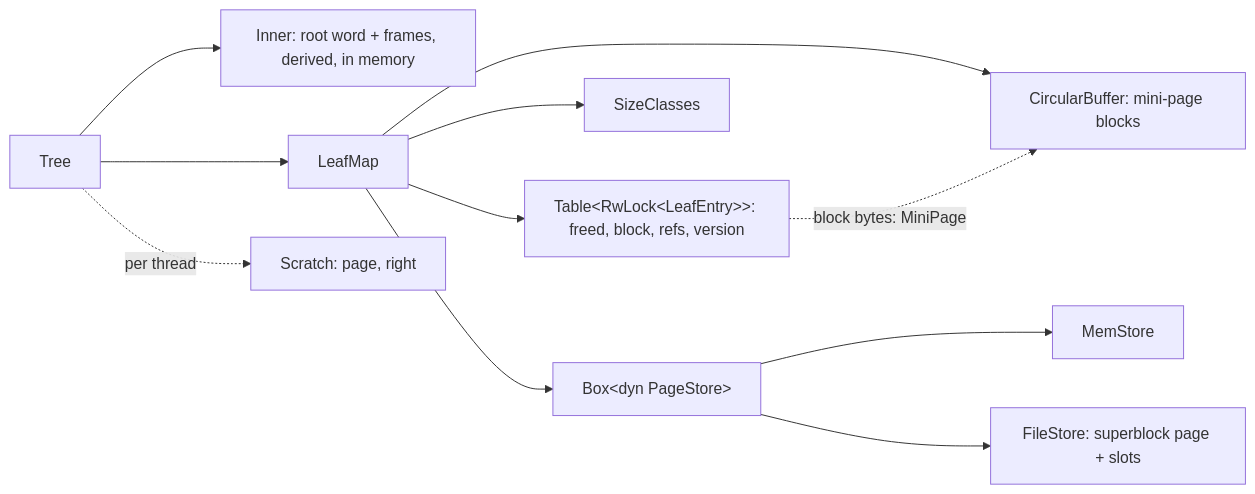
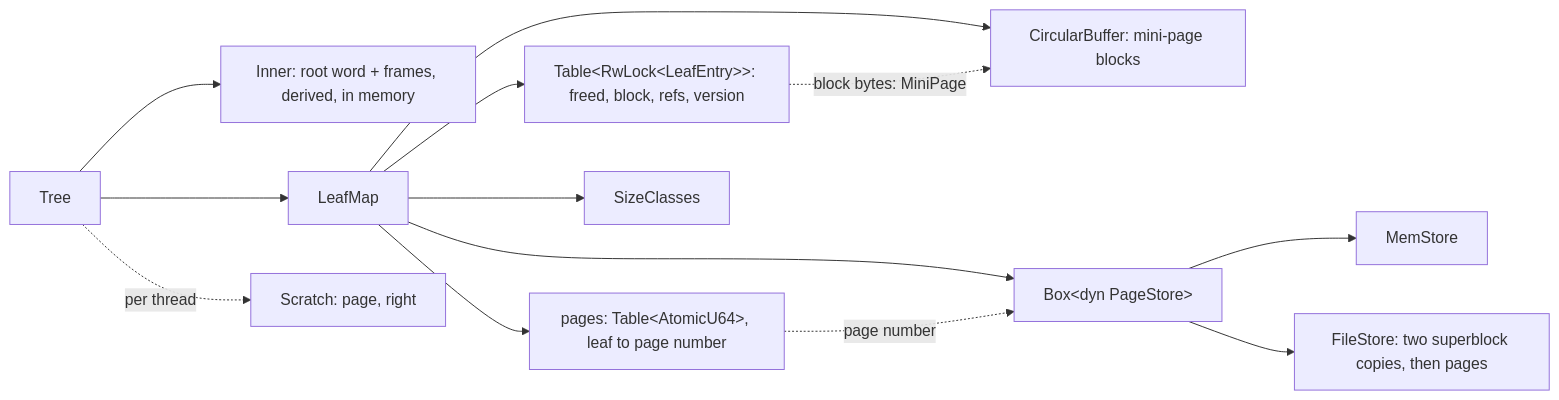
Before and after one commit to raydatray/peppydb: the first of 2 diagrams in docs/design/bf-tree-leaf-store.md, drawn with Mermaid. The commit also changed other lines of this file and 9 other files, not shown here.

````diff
--- a/docs/design/bf-tree-leaf-store.md
+++ b/docs/design/bf-tree-leaf-store.md
@@ -18,13 +18,15 @@
 ```mermaid
 flowchart LR
     Tree --> Inner["Inner: root word + frames, derived, in memory"]
     Tree --> Map["LeafMap"]
     Map --> E["Table&lt;RwLock&lt;LeafEntry&gt;&gt;: freed, block, refs, version"]
+    Map --> PT["pages: Table&lt;AtomicU64&gt;, leaf to page number"]
     Map --> CB["CircularBuffer: mini-page blocks"]
     Map --> C["SizeClasses"]
     Map --> PS["Box&lt;dyn PageStore&gt;"]
     E -. "block bytes: MiniPage" .-> CB
+    PT -. "page number" .-> PS
     PS --> Mem["MemStore"]
-    PS --> File["FileStore: superblock page + slots"]
+    PS --> File["FileStore: two superblock copies, then pages"]
     Tree -. per thread .-> S["Scratch: page, right"]
 ```
````
